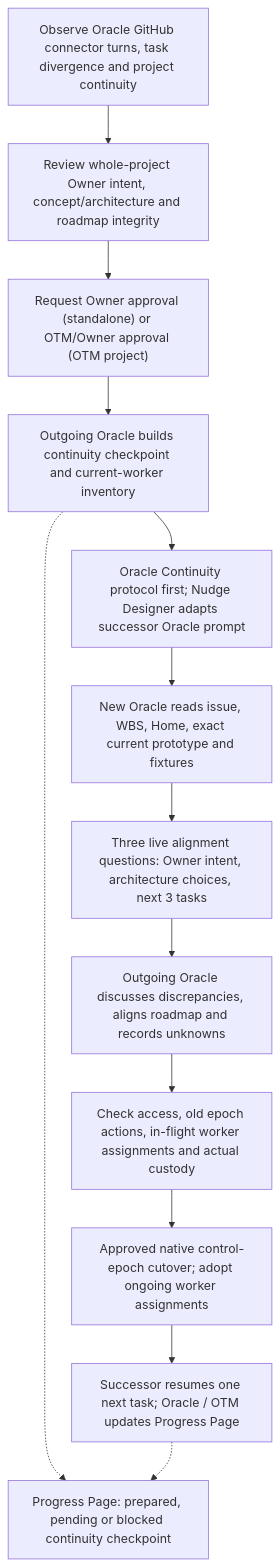
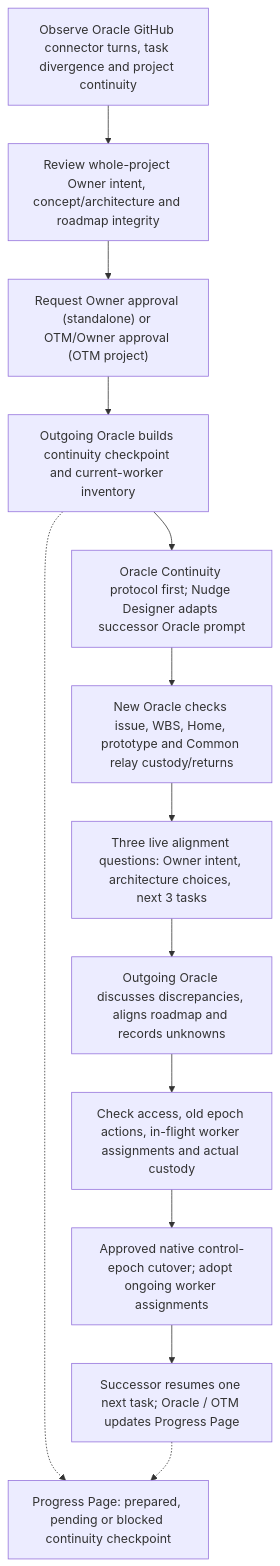
Before and after one commit to reallakshman19/Common: the fifth of 5 diagrams in skills/agent-work/ENTRY_PROCESS_MAPS.md, drawn with Mermaid. The commit also changed other lines of this file, not shown here.

Commit message:
docs(agent-work): navigation and Common relay-first Oracle-agent fixture custody in ENTRY_PROCESS_MAPS.md

````diff
--- a/skills/agent-work/ENTRY_PROCESS_MAPS.md
+++ b/skills/agent-work/ENTRY_PROCESS_MAPS.md
@@ -136,16 +152,16 @@
 ```mermaid
 flowchart TD
   E0["Observe Oracle GitHub connector turns, task divergence and project continuity"]
   E0 --> E1["Review whole-project Owner intent, concept/architecture and roadmap integrity"]
   E1 --> E2["Request Owner approval (standalone) or OTM/Owner approval (OTM project)"]
   E2 --> E3["Outgoing Oracle builds continuity checkpoint and current-worker inventory"]
   E3 --> E4["Oracle Continuity protocol first; Nudge Designer adapts successor Oracle prompt"]
-  E4 --> E5["New Oracle reads issue, WBS, Home, exact current prototype and fixtures"]
+  E4 --> E5["New Oracle checks issue, WBS, Home, prototype and Common relay custody/returns"]
   E5 --> E6["Three live alignment questions: Owner intent, architecture choices, next 3 tasks"]
   E6 --> E7["Outgoing Oracle discusses discrepancies, aligns roadmap and records unknowns"]
   E7 --> E8["Check access, old epoch actions, in-flight worker assignments and actual custody"]
   E8 --> E9["Approved native control-epoch cutover; adopt ongoing worker assignments"]
   E9 --> E10["Successor resumes one next task; Oracle / OTM updates Progress Page"]
   E3 -.-> EP["Progress Page: prepared, pending or blocked continuity checkpoint"]
   E10 -.-> EP
 ```
````
